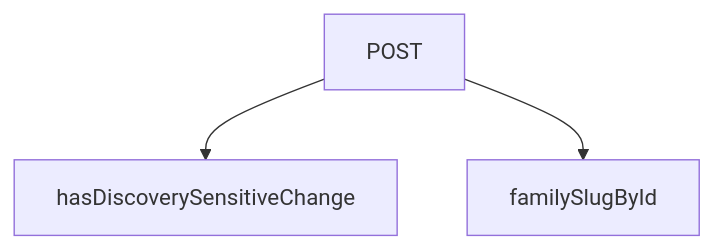
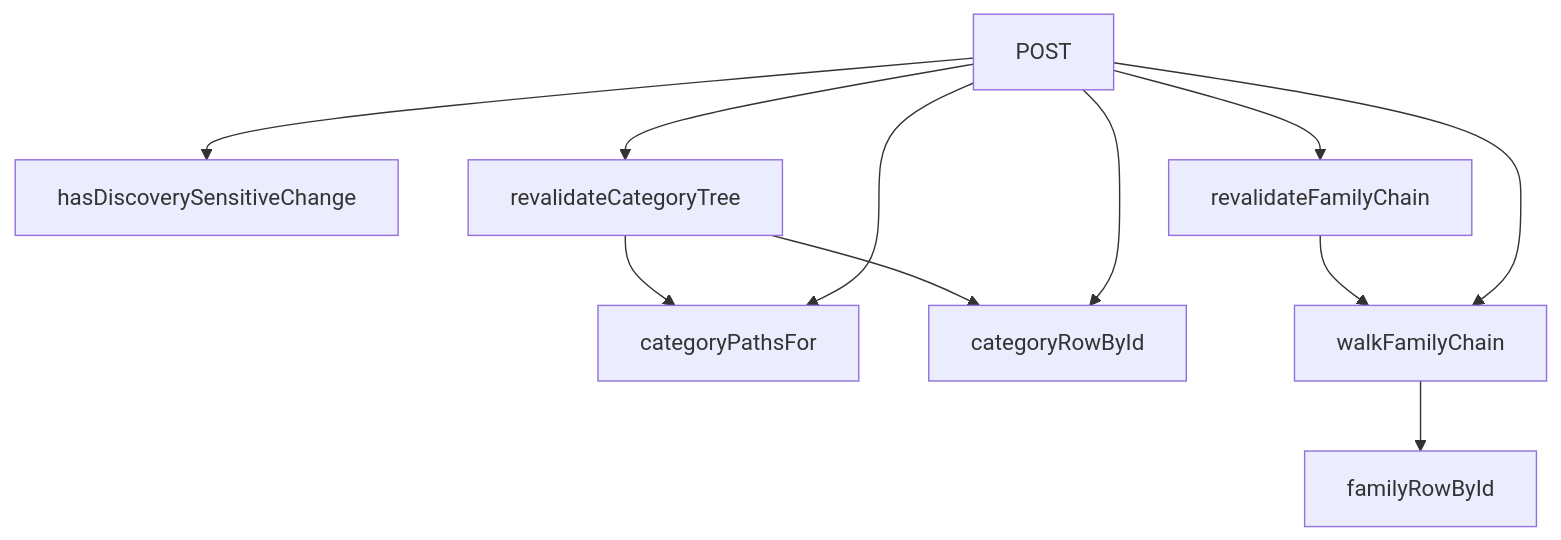
One commit to peckop/venthub-hvac-esite changed the diagram in src/app/api/webhook/supabase/route.md. Above: the diagram before and after it, drawn with Mermaid. The commit also changed other lines of this file and 189 other files, not shown here.

````diff
--- a/src/app/api/webhook/supabase/route.md
+++ b/src/app/api/webhook/supabase/route.md
@@ -145,8 +215,21 @@
 ```mermaid
 graph TD
     route_ts__POST["POST"]
-    route_ts__familySlugById["familySlugById"]
+    route_ts__categoryPathsFor["categoryPathsFor"]
+    route_ts__categoryRowById["categoryRowById"]
+    route_ts__familyRowById["familyRowById"]
     route_ts__hasDiscoverySensitiveChange["hasDiscoverySensitiveChange"]
+    route_ts__revalidateCategoryTree["revalidateCategoryTree"]
+    route_ts__revalidateFamilyChain["revalidateFamilyChain"]
+    route_ts__walkFamilyChain["walkFamilyChain"]
+    route_ts__revalidateCategoryTree --> route_ts__categoryPathsFor
+    route_ts__revalidateCategoryTree --> route_ts__categoryRowById
+    route_ts__POST --> route_ts__categoryPathsFor
+    route_ts__revalidateFamilyChain --> route_ts__walkFamilyChain
+    route_ts__POST --> route_ts__revalidateFamilyChain
+    route_ts__POST --> route_ts__revalidateCategoryTree
+    route_ts__walkFamilyChain --> route_ts__familyRowById
+    route_ts__POST --> route_ts__categoryRowById
+    route_ts__POST --> route_ts__walkFamilyChain
     route_ts__POST --> route_ts__hasDiscoverySensitiveChange
-    route_ts__POST --> route_ts__familySlugById
 ```
````
